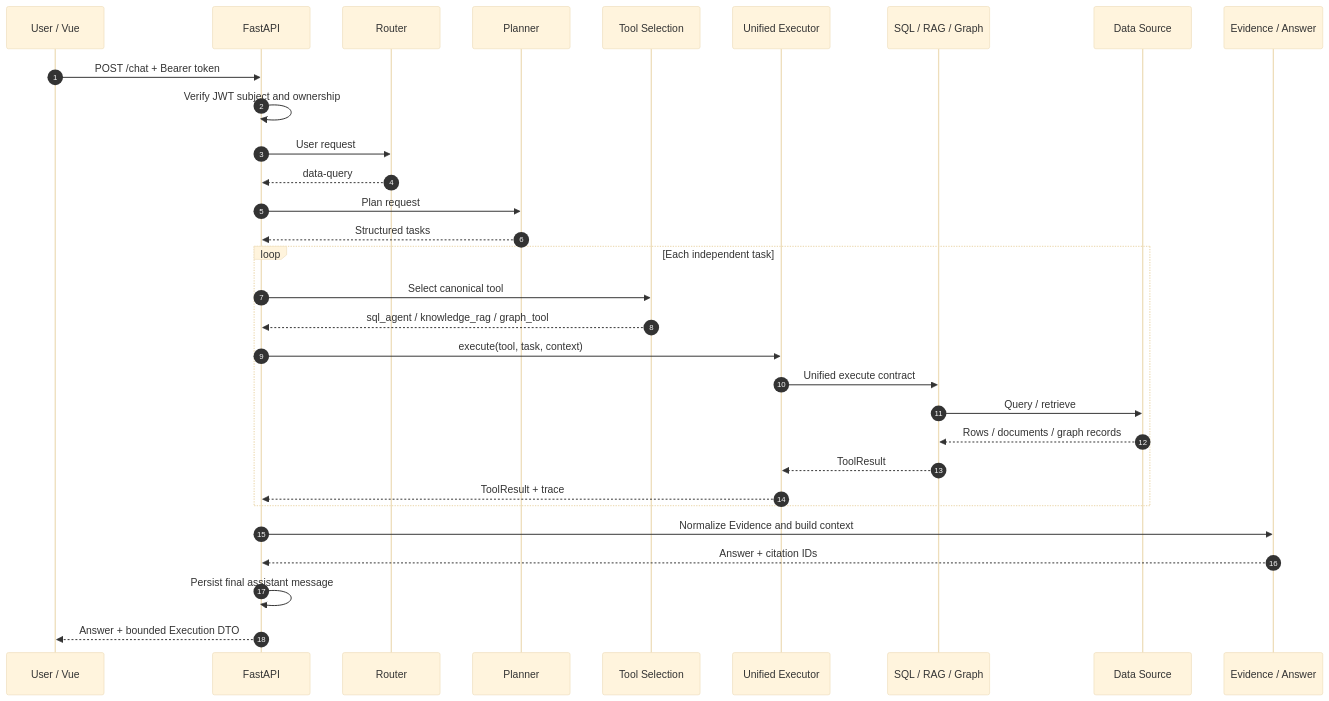
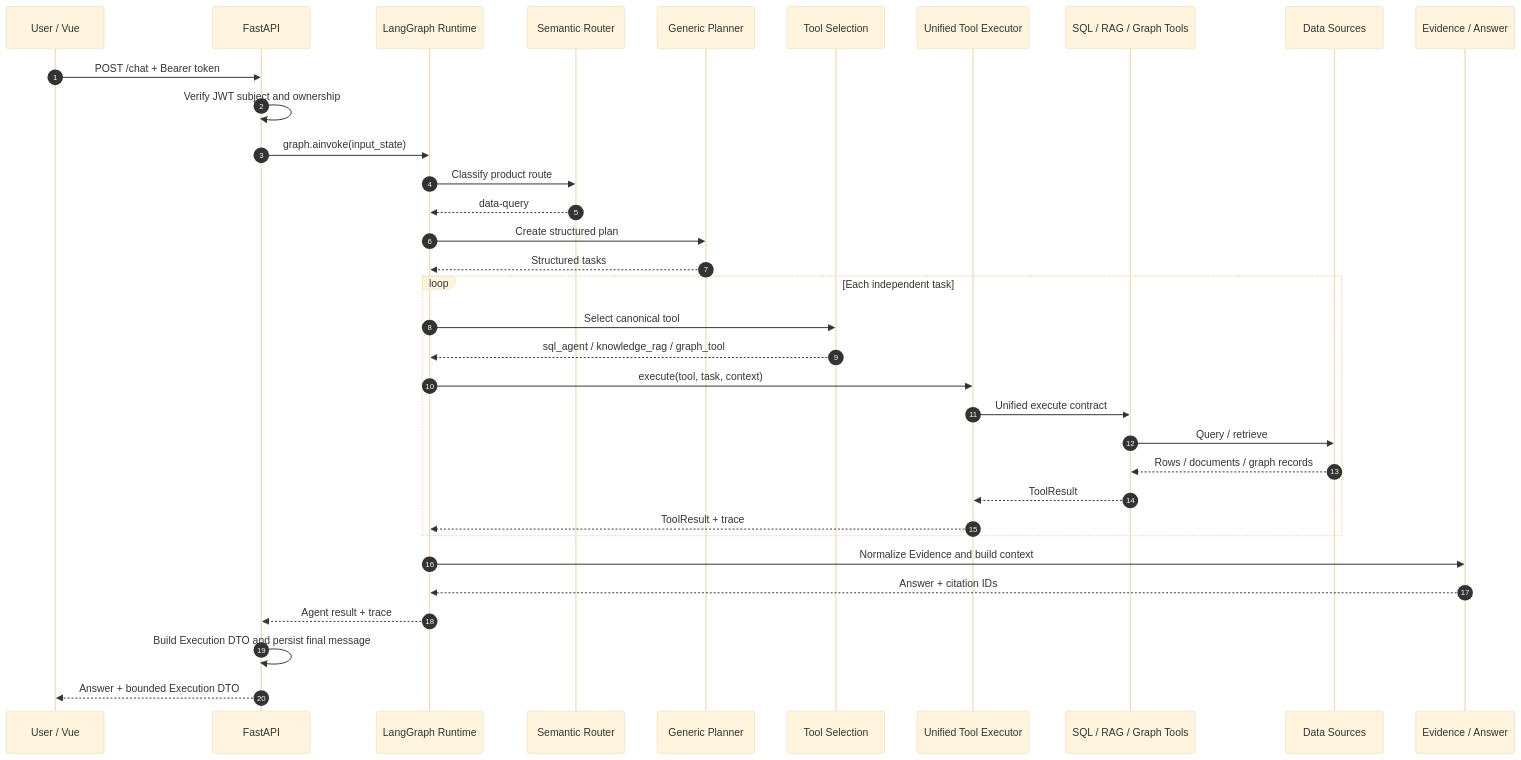
Before and after one commit to YingliaoO/langgraph-data-agent: the second of 3 diagrams in docs/ARCHITECTURE.md, drawn with Mermaid (base theme). The commit also changed other lines of this file and 2 other files, not shown here.

Commit message:
docs: finalize architecture diagrams and links

````diff
--- a/docs/ARCHITECTURE.md
+++ b/docs/ARCHITECTURE.md
@@ -115,34 +115,41 @@
-``` mermaid
+```mermaid
 sequenceDiagram
     autonumber
     participant U as User / Vue
     participant API as FastAPI
-    participant R as Router
-    participant P as Planner
+    participant G as LangGraph Runtime
+    participant R as Semantic Router
+    participant P as Generic Planner
     participant S as Tool Selection
-    participant X as Unified Executor
-    participant T as SQL / RAG / Graph
-    participant D as Data Source
+    participant X as Unified Tool Executor
+    participant T as SQL / RAG / Graph Tools
+    participant D as Data Sources
     participant E as Evidence / Answer
 
     U->>API: POST /chat + Bearer token
     API->>API: Verify JWT subject and ownership
-    API->>R: User request
-    R-->>API: data-query
-    API->>P: Plan request
-    P-->>API: Structured tasks
+    API->>G: graph.ainvoke(input_state)
+
+    G->>R: Classify product route
+    R-->>G: data-query
+    G->>P: Create structured plan
+    P-->>G: Structured tasks
+
     loop Each independent task
-        API->>S: Select canonical tool
-        S-->>API: sql_agent / knowledge_rag / graph_tool
-        API->>X: execute(tool, task, context)
+        G->>S: Select canonical tool
+        S-->>G: sql_agent / knowledge_rag / graph_tool
+        G->>X: execute(tool, task, context)
         X->>T: Unified execute contract
         T->>D: Query / retrieve
         D-->>T: Rows / documents / graph records
         T-->>X: ToolResult
-        X-->>API: ToolResult + trace
+        X-->>G: ToolResult + trace
     end
-    API->>E: Normalize Evidence and build context
-    E-->>API: Answer + citation IDs
-    API->>API: Persist final assistant message
+
+    G->>E: Normalize Evidence and build context
+    E-->>G: Answer + citation IDs
+    G-->>API: Agent result + trace
+
+    API->>API: Build Execution DTO and persist final message
     API-->>U: Answer + bounded Execution DTO
 ```
````
